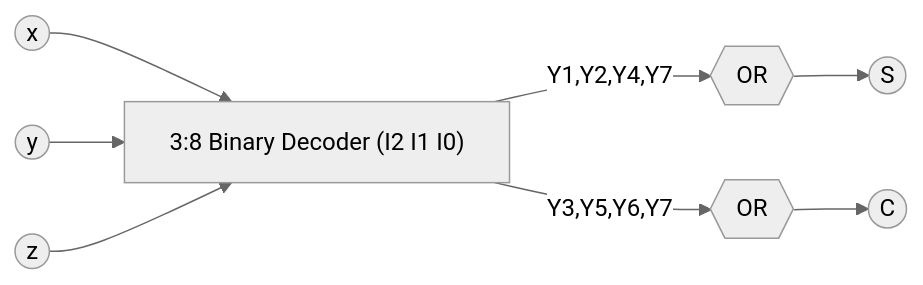
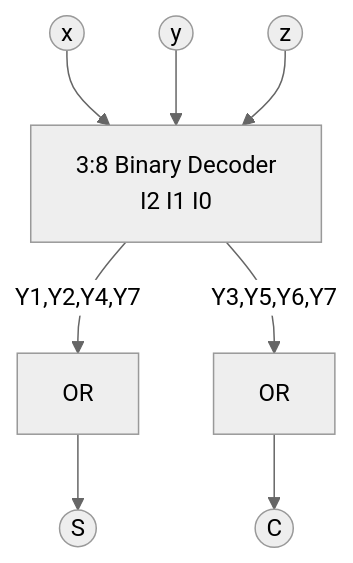
Before and after one commit to ashura-01/academics-3.1: the third of 16 diagrams in DSD/Lecture3.md, drawn with Mermaid (neutral theme). The commit also changed other lines of this file, not shown here.

````diff
--- a/DSD/Lecture3.md
+++ b/DSD/Lecture3.md
@@ -89,10 +91,10 @@
 ```mermaid
-flowchart LR
-    x((x)) --> DEC["3:8 Binary Decoder (I2 I1 I0)"]
+flowchart TB
+    x((x)) --> DEC["3:8 Binary Decoder<br/>I2 I1 I0"]
     y((y)) --> DEC
     z((z)) --> DEC
-    DEC -- "Y1,Y2,Y4,Y7" --> ORS{{OR}}
-    DEC -- "Y3,Y5,Y6,Y7" --> ORC{{OR}}
+    DEC -- "Y1,Y2,Y4,Y7" --> ORS["OR"]
+    DEC -- "Y3,Y5,Y6,Y7" --> ORC["OR"]
     ORS --> S((S))
     ORC --> C((C))
 ```
````
